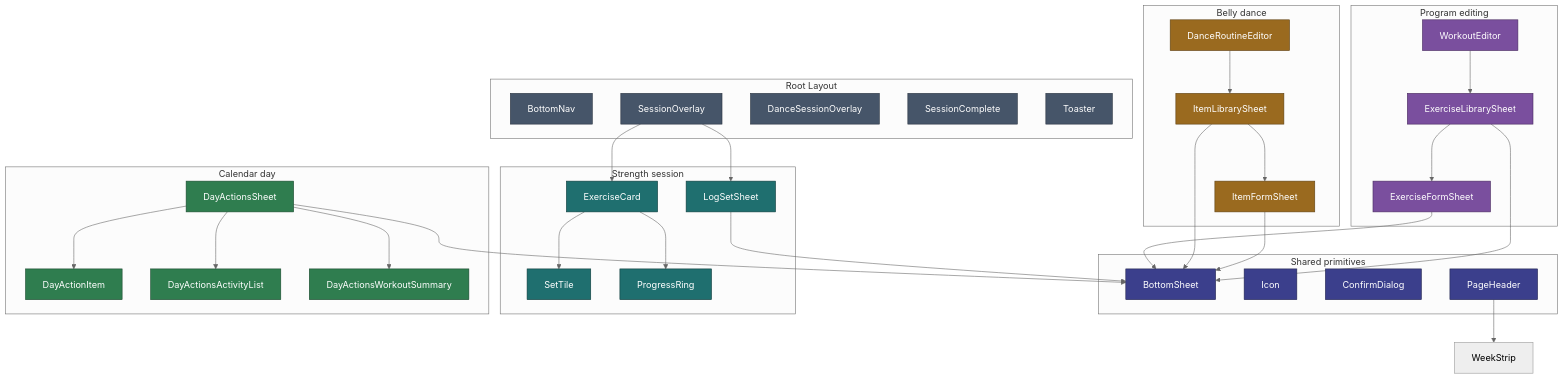
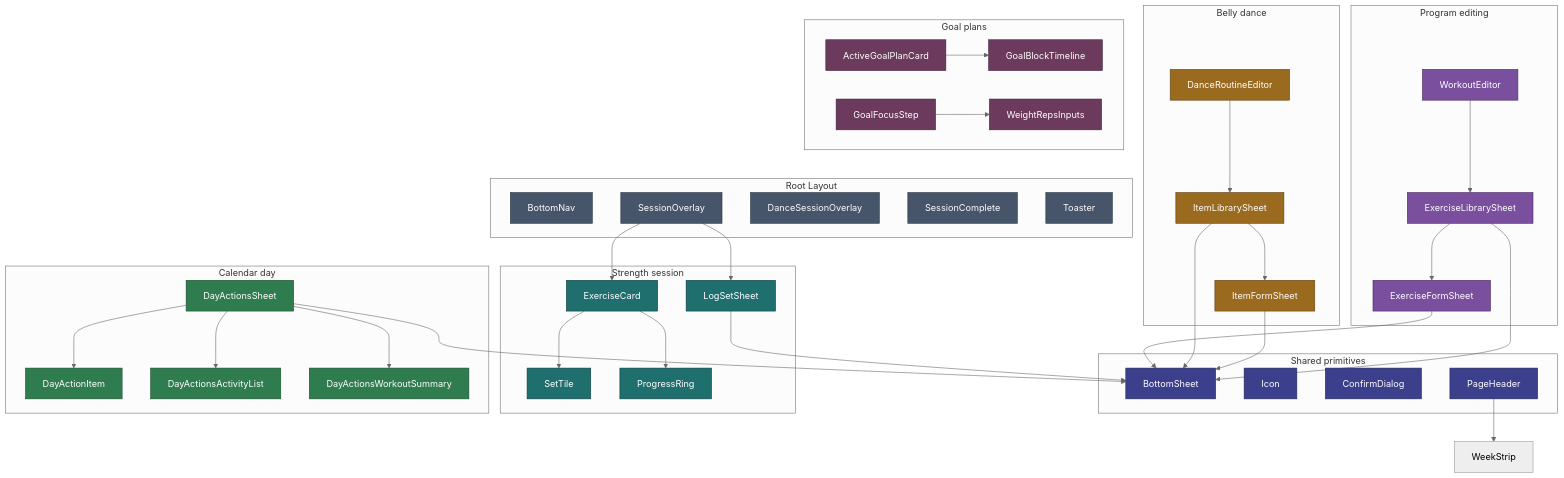
Before and after one commit to jermbo/CosmicWorkOut: the diagram in docs/implementation/components.md, drawn with Mermaid (neutral theme). The commit also changed other lines of this file and 23 other files, not shown here.

First line of the commit message:
Enhance goal progression plans feature for v1.9.0

````diff
--- a/docs/implementation/components.md
+++ b/docs/implementation/components.md
@@ -164,64 +183,75 @@
 ```mermaid
 flowchart TB
     subgraph layout ["Root Layout"]
         BN[BottomNav]
         SO[SessionOverlay]
         DSO[DanceSessionOverlay]
         SC[SessionComplete]
         TO[Toaster]
     end
 
     subgraph shared ["Shared primitives"]
         BS[BottomSheet]
         IC[Icon]
         CD[ConfirmDialog]
         PH[PageHeader]
     end
 
     subgraph strength ["Strength session"]
         EC[ExerciseCard]
         ST[SetTile]
         LS[LogSetSheet]
         PR[ProgressRing]
     end
 
     subgraph editor ["Program editing"]
         WE[WorkoutEditor]
         ELS[ExerciseLibrarySheet]
         EFS[ExerciseFormSheet]
     end
 
     subgraph dance ["Belly dance"]
         DRE[DanceRoutineEditor]
         ILS[ItemLibrarySheet]
         IFS[ItemFormSheet]
     end
 
+    subgraph goals ["Goal plans"]
+        AGPC[ActiveGoalPlanCard]
+        GBT[GoalBlockTimeline]
+        GFS[GoalFocusStep]
+        WRI[WeightRepsInputs]
+    end
+
     subgraph dayactions ["Calendar day"]
         DAS[DayActionsSheet]
         DAI[DayActionItem]
         DAAL[DayActionsActivityList]
         DAWS[DayActionsWorkoutSummary]
     end
 
     SO --> EC --> PR & ST
     SO --> LS
     WE --> ELS --> EFS
     DRE --> ILS --> IFS
+    AGPC --> GBT
+    GFS --> WRI
     DAS --> DAI & DAAL & DAWS
     PH --> WeekStrip
     LS & EFS & ILS & IFS & ELS & DAS --> BS
 
     classDef layout fill:#465569,stroke:#28313e,color:#ffffff;
     classDef shared fill:#3b3f8c,stroke:#23264f,color:#ffffff;
     classDef strength fill:#1f6f6f,stroke:#0f3a3a,color:#ffffff;
     classDef editor fill:#7a4f9e,stroke:#46295c,color:#ffffff;
     classDef dance fill:#9a6a1f,stroke:#5c3f12,color:#ffffff;
+    classDef goals fill:#6b3a5c,stroke:#3d2235,color:#ffffff;
     classDef day fill:#2f7d4f,stroke:#1a472d,color:#ffffff;
     class BN,SO,DSO,SC,TO layout;
     class BS,IC,CD,PH shared;
     class EC,ST,LS,PR strength;
     class WE,ELS,EFS editor;
     class DRE,ILS,IFS dance;
+    class AGPC,GBT,GFS,WRI goals;
     class DAS,DAI,DAAL,DAWS day;
 ```
````
